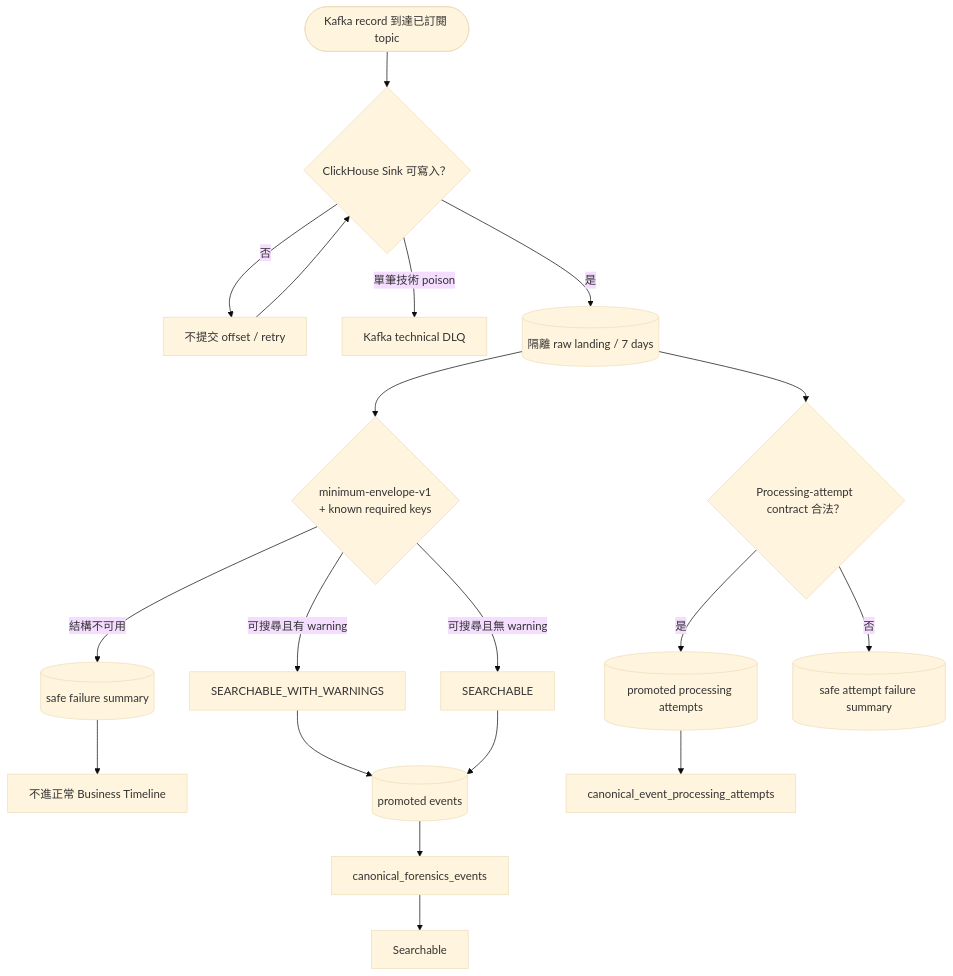
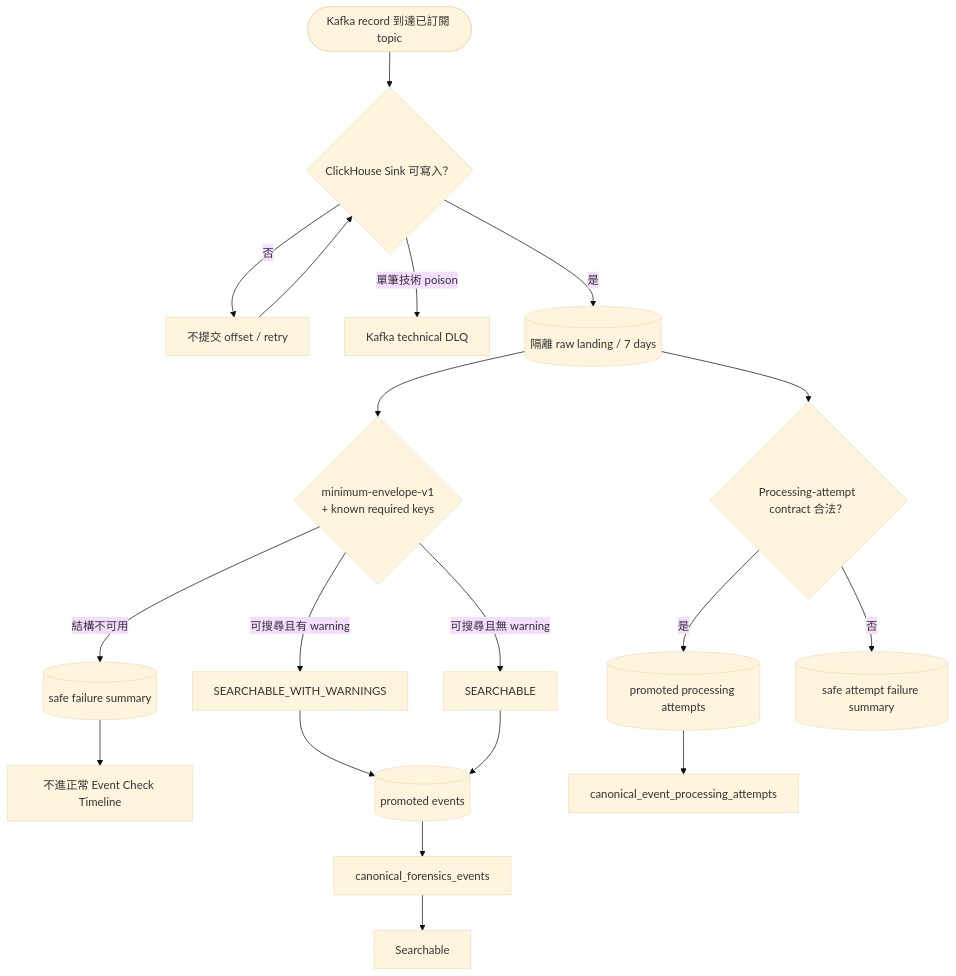
One commit to zhjiangexe/event-hunter changed the fourth of 7 diagrams in requirements/architecture/current-architecture.md. Above: the diagram before and after it, drawn with Mermaid (base theme). The commit also changed other lines of this file and 40 other files, not shown here.

Commit message:
docs: align canonical Event Check documentation

````diff
--- a/requirements/architecture/current-architecture.md
+++ b/requirements/architecture/current-architecture.md
@@ -216,22 +217,22 @@
 ```mermaid
 flowchart TD
     Start([Kafka record 到達已訂閱 topic]) --> Sink{ClickHouse Sink 可寫入？}
     Sink -- 否 --> Retry[不提交 offset / retry]
     Retry --> Sink
     Sink -- 單筆技術 poison --> TechnicalDLQ[Kafka technical DLQ]
     Sink -- 是 --> Raw[(隔離 raw landing / 7 days)]
     Raw --> Minimum{minimum-envelope-v1<br/>+ known required keys}
     Minimum -- 結構不可用 --> Quarantine[(safe failure summary)]
-    Quarantine --> NoTimeline[不進正常 Business Timeline]
+    Quarantine --> NoTimeline[不進正常 Event Check Timeline]
     Minimum -- 可搜尋且有 warning --> Warning[SEARCHABLE_WITH_WARNINGS]
     Minimum -- 可搜尋且無 warning --> SearchableEvent[SEARCHABLE]
     Warning --> Events[(promoted events)]
     SearchableEvent --> Events
     Events --> Canonical[canonical_forensics_events]
     Canonical --> Searchable
 
     Raw --> AttemptValidate{Processing-attempt contract 合法？}
     AttemptValidate -- 是 --> Attempts[(promoted processing attempts)]
     AttemptValidate -- 否 --> AttemptFailure[(safe attempt failure summary)]
     Attempts --> AttemptCanonical[canonical_event_processing_attempts]
 ```
````
